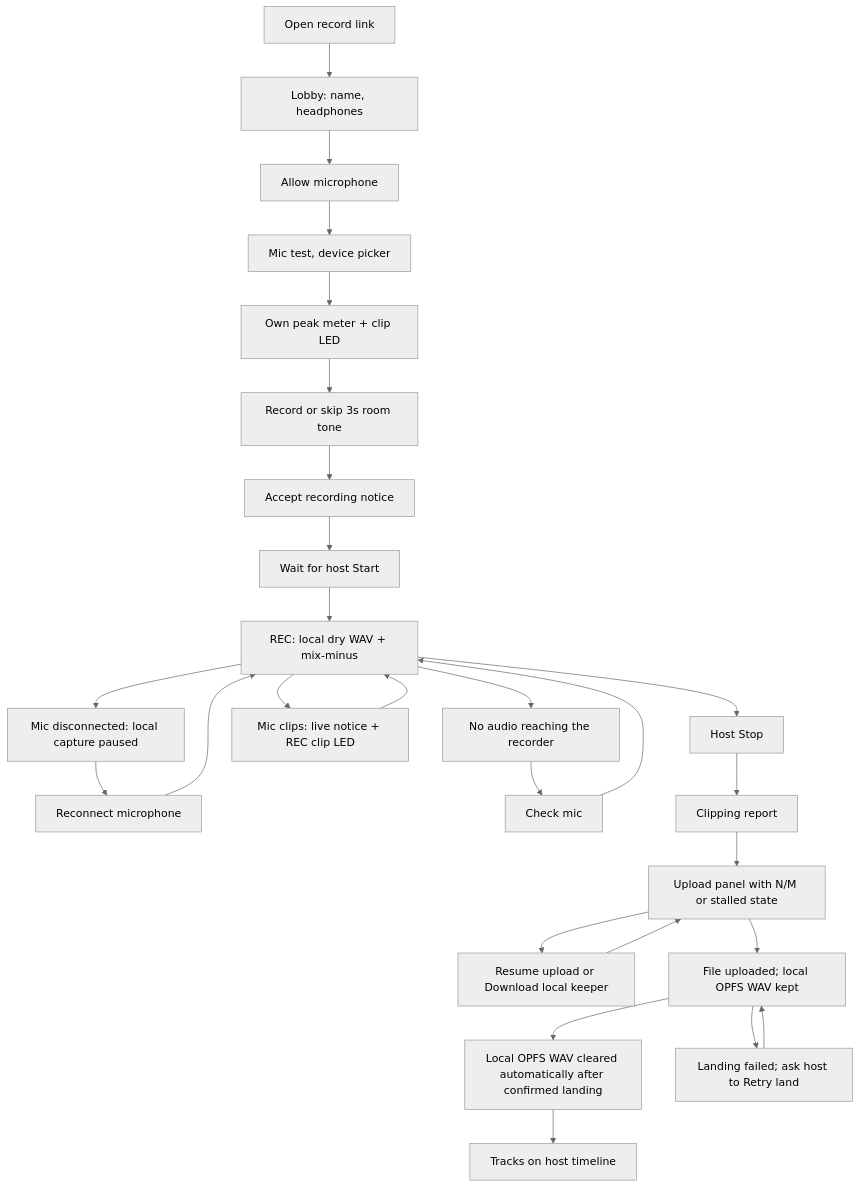
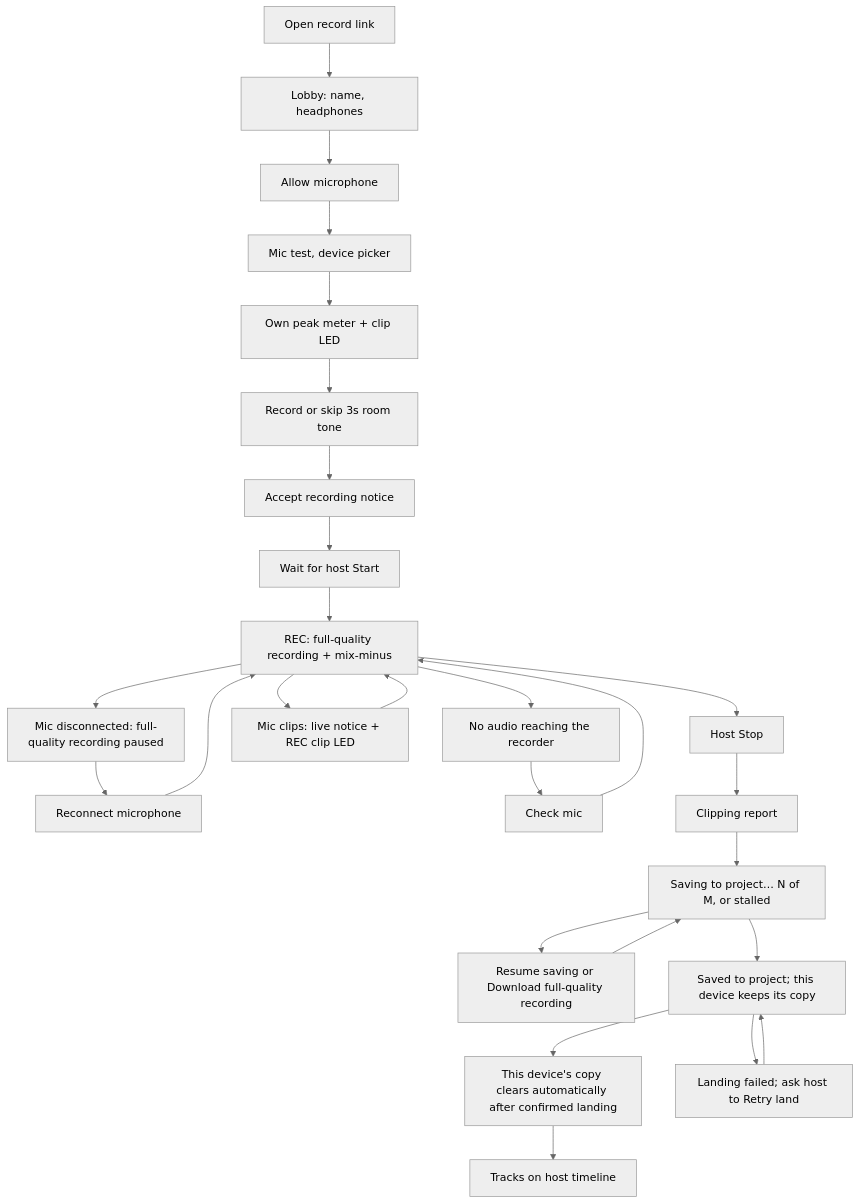
One commit to calebn/sharecut-studio changed the fifth of 6 diagrams in ux/pages/guest-journeys.md. Above: the diagram before and after it, drawn with Mermaid (neutral theme). The commit also changed other lines of this file and 63 other files, not shown here.

First line of the commit message:
feat(record): call the keeper a full-quality recording and show Saving to project / Saved to project

````diff
--- a/ux/pages/guest-journeys.md
+++ b/ux/pages/guest-journeys.md
@@ -157,29 +157,29 @@
 ```mermaid
 flowchart TD
   open[Open record link] --> lobby[Lobby: name, headphones]
   lobby --> devices[Allow microphone]
   devices --> mic[Mic test, device picker]
   mic --> meter[Own peak meter + clip LED]
   meter --> roomTone[Record or skip 3s room tone]
   roomTone --> consent[Accept recording notice]
   consent --> wait[Wait for host Start]
-  wait --> rec[REC: local dry WAV + mix-minus]
-  rec --> lost[Mic disconnected: local capture paused]
+  wait --> rec[REC: full-quality recording + mix-minus]
+  rec --> lost[Mic disconnected: full-quality recording paused]
   lost --> reconnect[Reconnect microphone]
   reconnect --> rec
   rec --> silent[No audio reaching the recorder]
   silent --> check[Check mic]
   check --> rec
   rec --> clip[Mic clips: live notice + REC clip LED]
   clip --> rec
   rec --> stop[Host Stop]
   stop --> report[Clipping report]
-  report --> upload[Upload panel with N/M or stalled state]
-  upload --> recovery[Resume upload or Download local keeper]
-  recovery --> upload
-  upload --> staged[File uploaded; local OPFS WAV kept]
-  staged --> opfs[Local OPFS WAV cleared automatically after confirmed landing]
+  report --> saving[Saving to project… N of M, or stalled]
+  saving --> recovery[Resume saving or Download full-quality recording]
+  recovery --> saving
+  saving --> staged[Saved to project; this device keeps its copy]
+  staged --> opfs[This device's copy clears automatically after confirmed landing]
   staged --> failed[Landing failed; ask host to Retry land]
   failed --> staged
   opfs --> done[Tracks on host timeline]
 ```
````
